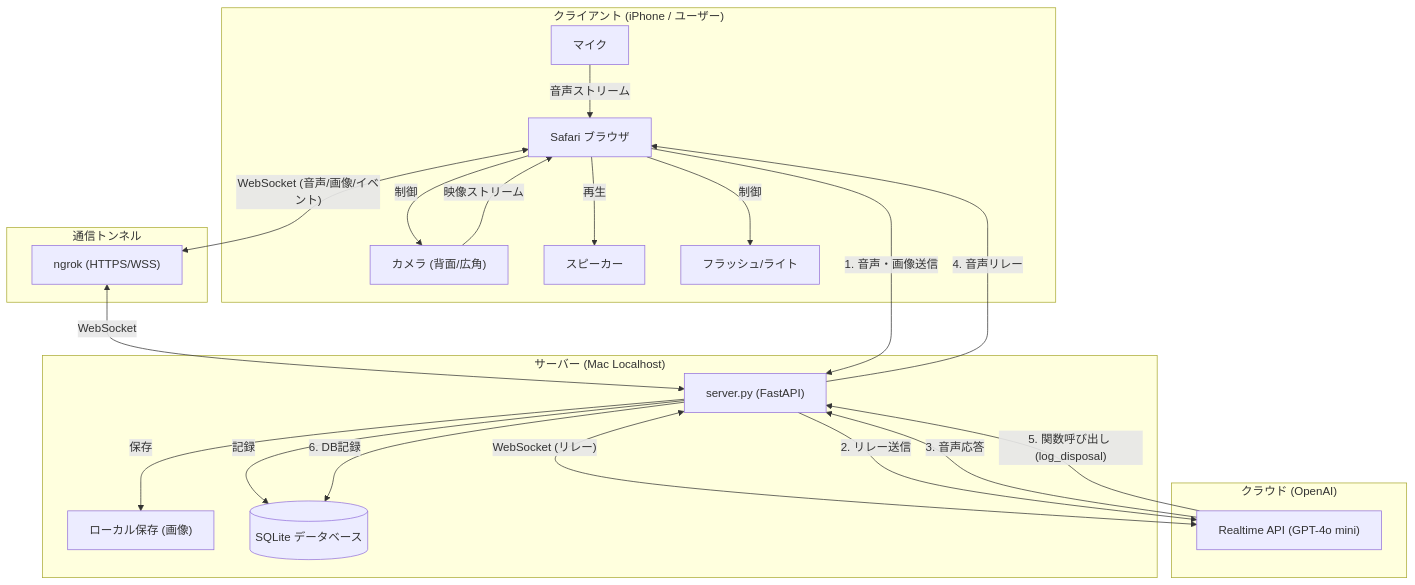
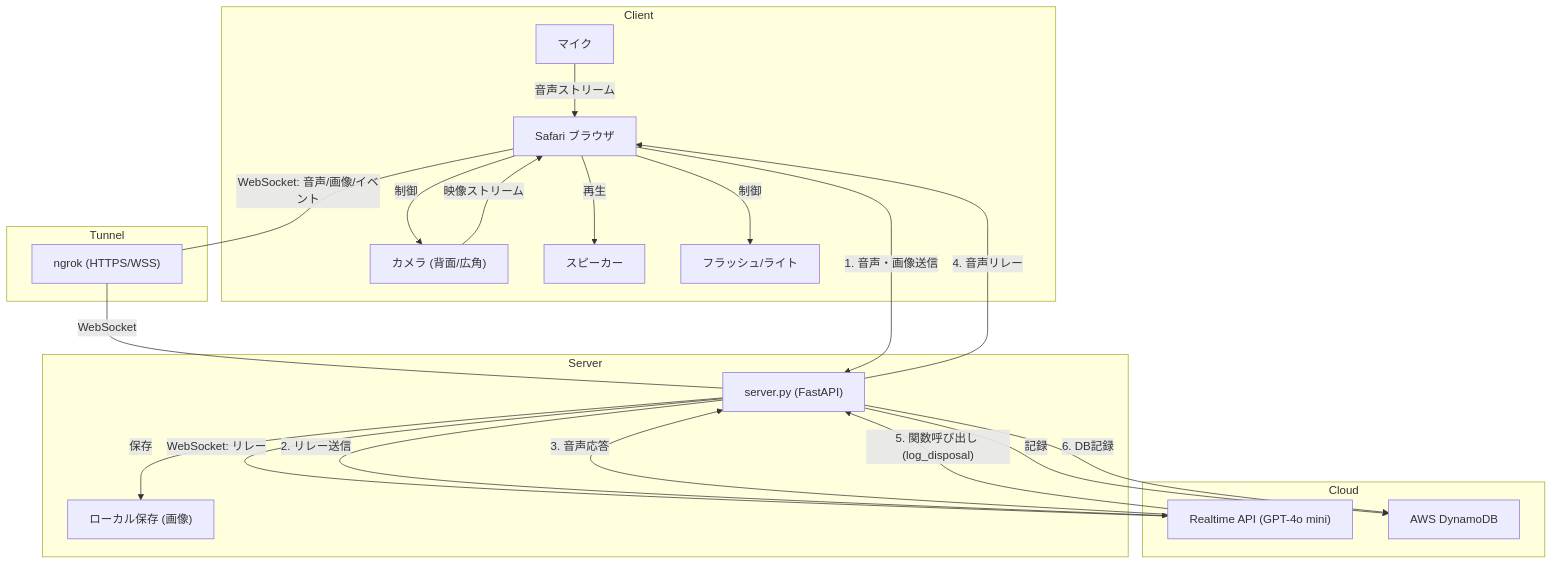
Before and after one commit to yamayuu18/wackathon-2025: the diagram in doc/system_architecture.md, drawn with Mermaid. The commit also changed other lines of this file and 6 other files, not shown here.

First line of the commit message:
feat: Migrate to DynamoDB and update Web App features

````diff
--- a/doc/system_architecture.md
+++ b/doc/system_architecture.md
@@ -9,48 +9,49 @@
 ```mermaid
 graph TD
-    subgraph Client ["クライアント (iPhone / ユーザー)"]
+    subgraph Client
         Browser["Safari ブラウザ"]
         Camera["カメラ (背面/広角)"]
         Mic["マイク"]
         Speaker["スピーカー"]
         Flash["フラッシュ/ライト"]
         
         Browser -->|制御| Camera
         Browser -->|制御| Flash
         Camera -->|映像ストリーム| Browser
         Mic -->|音声ストリーム| Browser
     end
 
-    subgraph Tunnel ["通信トンネル"]
+    subgraph Tunnel
         Ngrok["ngrok (HTTPS/WSS)"]
     end
 
-    subgraph Server ["サーバー (Mac Localhost)"]
+    subgraph Server
         FastAPI["server.py (FastAPI)"]
         FileSystem["ローカル保存 (画像)"]
-        SQLite[("SQLite データベース")]
         
         FastAPI -->|保存| FileSystem
-        FastAPI -->|記録| SQLite
     end
 
-    subgraph Cloud ["クラウド (OpenAI)"]
+    subgraph Cloud
         RealtimeAPI["Realtime API (GPT-4o mini)"]
+        DynamoDB["AWS DynamoDB"]
+        
+        FastAPI -->|記録| DynamoDB
     end
 
     %% データフロー
-    Browser <-->|"WebSocket (音声/画像/イベント)"| Ngrok
-    Ngrok <-->|WebSocket| FastAPI
-    FastAPI <-->|"WebSocket (リレー)"| RealtimeAPI
+    Browser ---|WebSocket: 音声/画像/イベント| Ngrok
+    Ngrok ---|WebSocket| FastAPI
+    FastAPI ---|WebSocket: リレー| RealtimeAPI
 
     %% 詳細なやり取り
     Browser -- "1. 音声・画像送信" --> FastAPI
     FastAPI -- "2. リレー送信" --> RealtimeAPI
     RealtimeAPI -- "3. 音声応答" --> FastAPI
     FastAPI -- "4. 音声リレー" --> Browser
     Browser -->|再生| Speaker
 
     %% Function Calling
     RealtimeAPI -- "5. 関数呼び出し (log_disposal)" --> FastAPI
-    FastAPI -- "6. DB記録" --> SQLite
+    FastAPI -- "6. DB記録" --> DynamoDB
 ```
````
